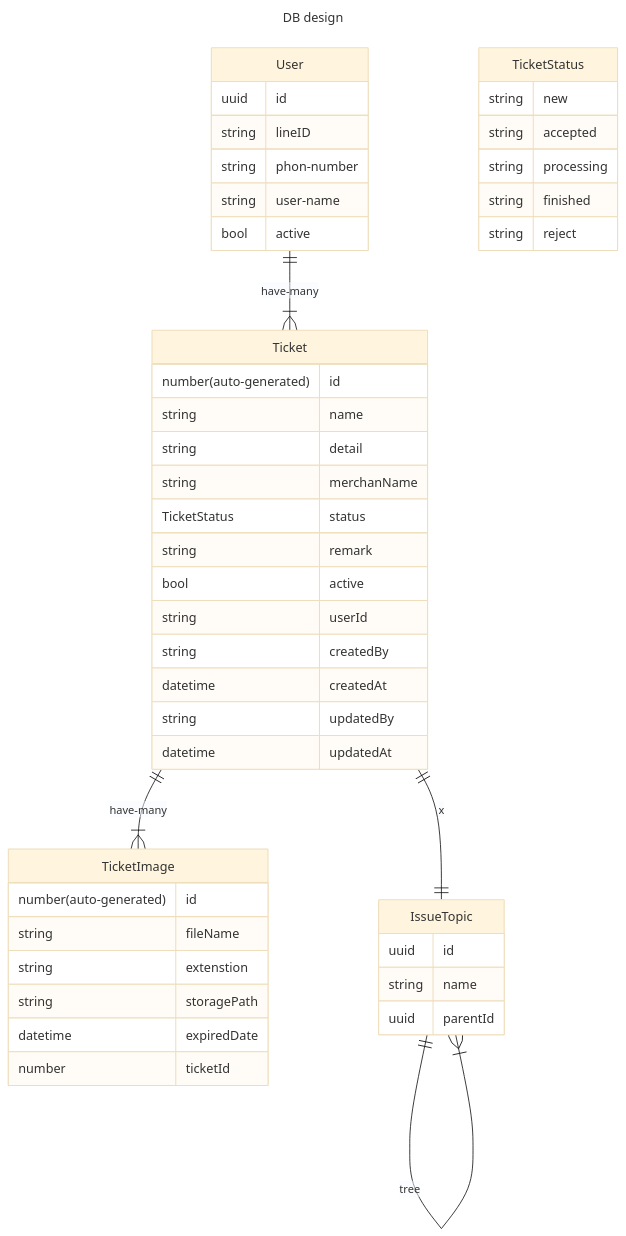
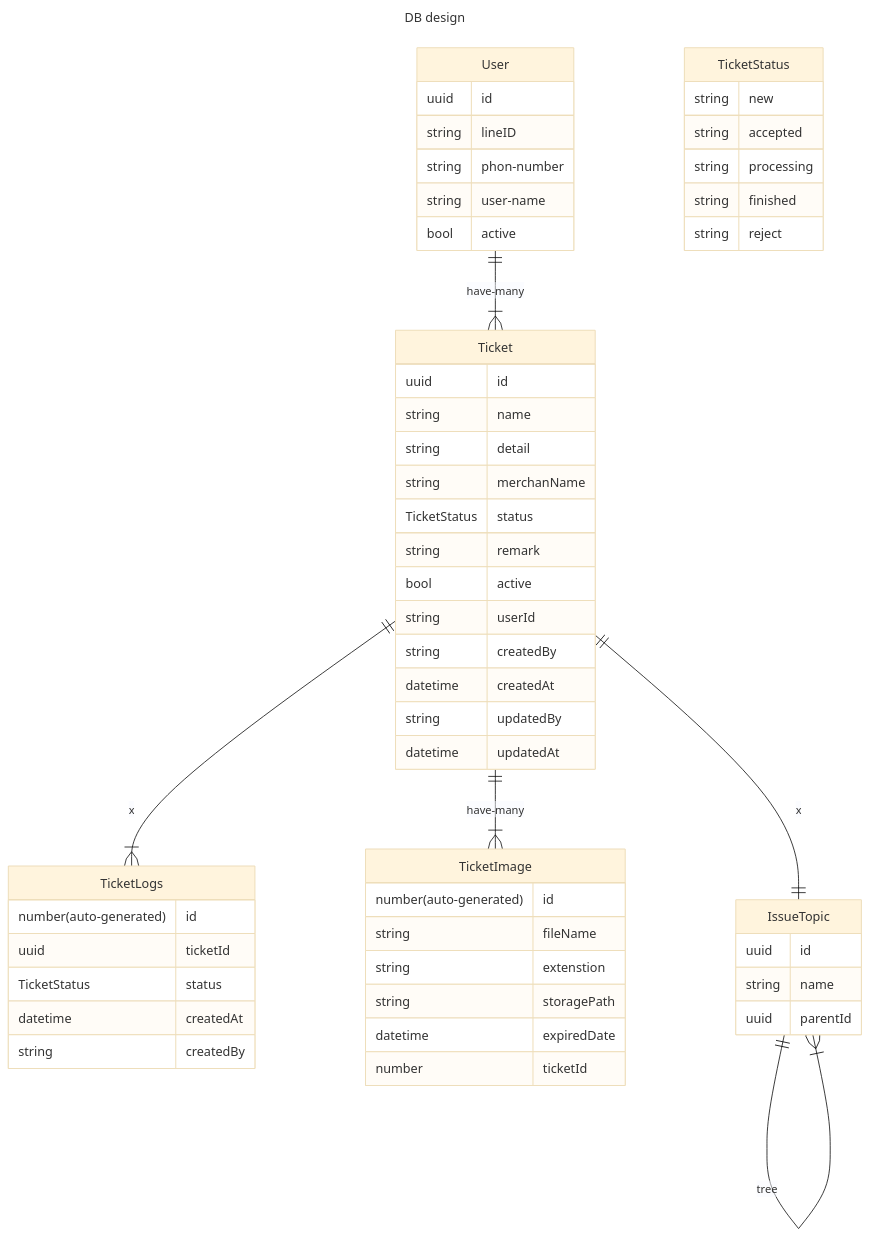
Before and after one commit to at-syot/an-crm: the diagram in diagrams/db-design.md, drawn with Mermaid (base theme). The commit also changed 19 other files, not shown here.

````diff
--- a/diagrams/db-design.md
+++ b/diagrams/db-design.md
@@ -1,60 +1,69 @@
 ```mermaid
 ---
 title: DB design
 ---
 erDiagram
     User {
       uuid id
       string lineID
       string phon-number
       string user-name
       bool active
     }
 
     Ticket {
-      number(auto-generated) id
+      uuid id
       string name
       string detail
       string merchanName
       TicketStatus status
       string remark
       bool active
 
       string userId
 
       string createdBy
       datetime createdAt
       string updatedBy
       datetime updatedAt
     }
 
+    TicketLogs {
+      number(auto-generated) id
+      uuid ticketId
+
+      TicketStatus status
+      datetime createdAt
+      string createdBy
+    }
 
     TicketStatus {
       string new
       string accepted
       string processing
       string finished
       string reject
     }
 
     TicketImage {
       number(auto-generated) id
       string fileName
       string extenstion
       string storagePath
       datetime expiredDate
 
       number ticketId
     }
 
     IssueTopic {
       uuid id
       string name
       uuid parentId
     }
 
     IssueTopic ||--|{ IssueTopic : tree
     User ||--|{ Ticket : have-many
     Ticket ||--|{ TicketImage : have-many
     Ticket ||--|| IssueTopic : x
+    Ticket ||--|{ TicketLogs : x
 ```
````
